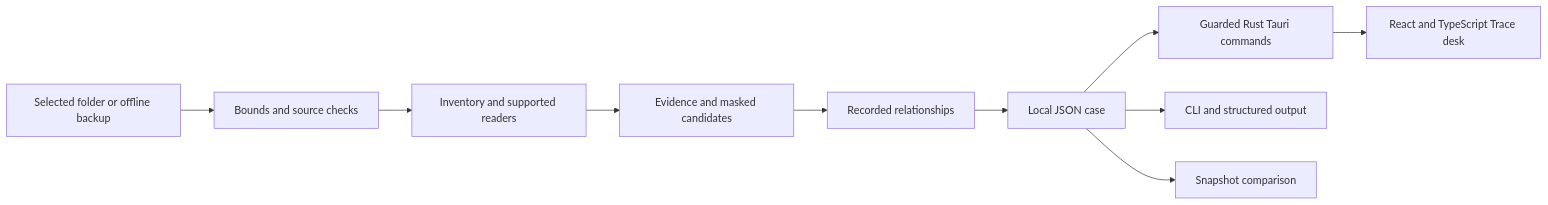
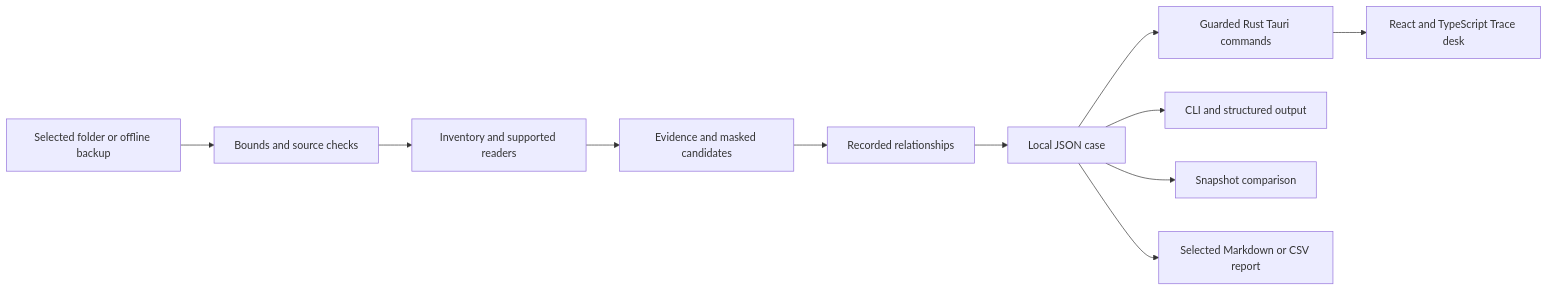
Before and after one commit to Forem0/ENGRAM: the diagram in README.md, drawn with Mermaid. The commit also changed other lines of this file and 43 other files, not shown here.

````diff
--- a/README.md
+++ b/README.md
@@ -292,12 +326,13 @@
 ```mermaid
 flowchart LR
     S[Selected folder or offline backup] --> B[Bounds and source checks]
     B --> R[Inventory and supported readers]
     R --> E[Evidence and masked candidates]
     E --> L[Recorded relationships]
     L --> C[Local JSON case]
     C --> D[Guarded Rust Tauri commands]
     D --> U[React and TypeScript Trace desk]
     C --> T[CLI and structured output]
     C --> V[Snapshot comparison]
+    C --> X[Selected Markdown or CSV report]
 ```
````
